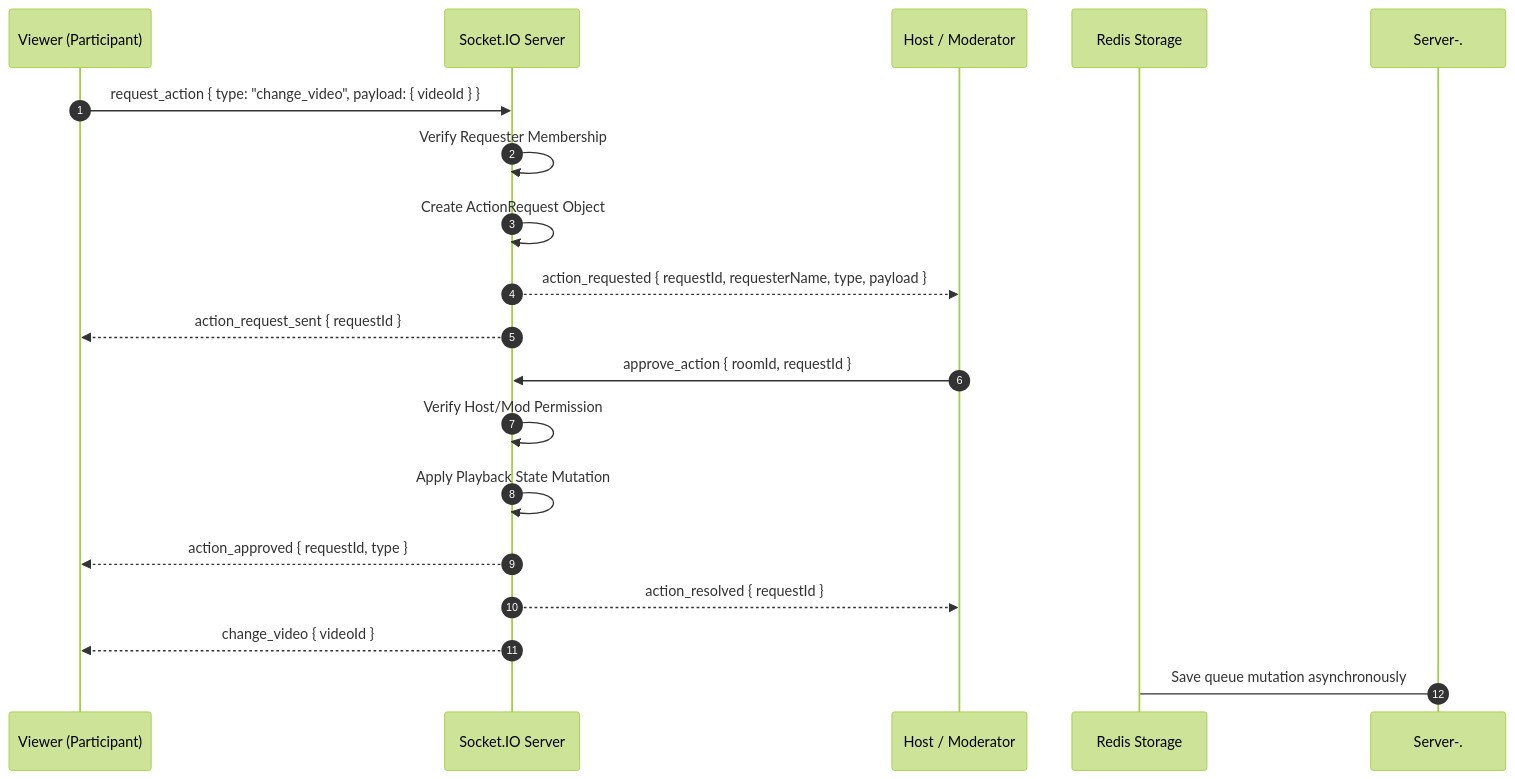
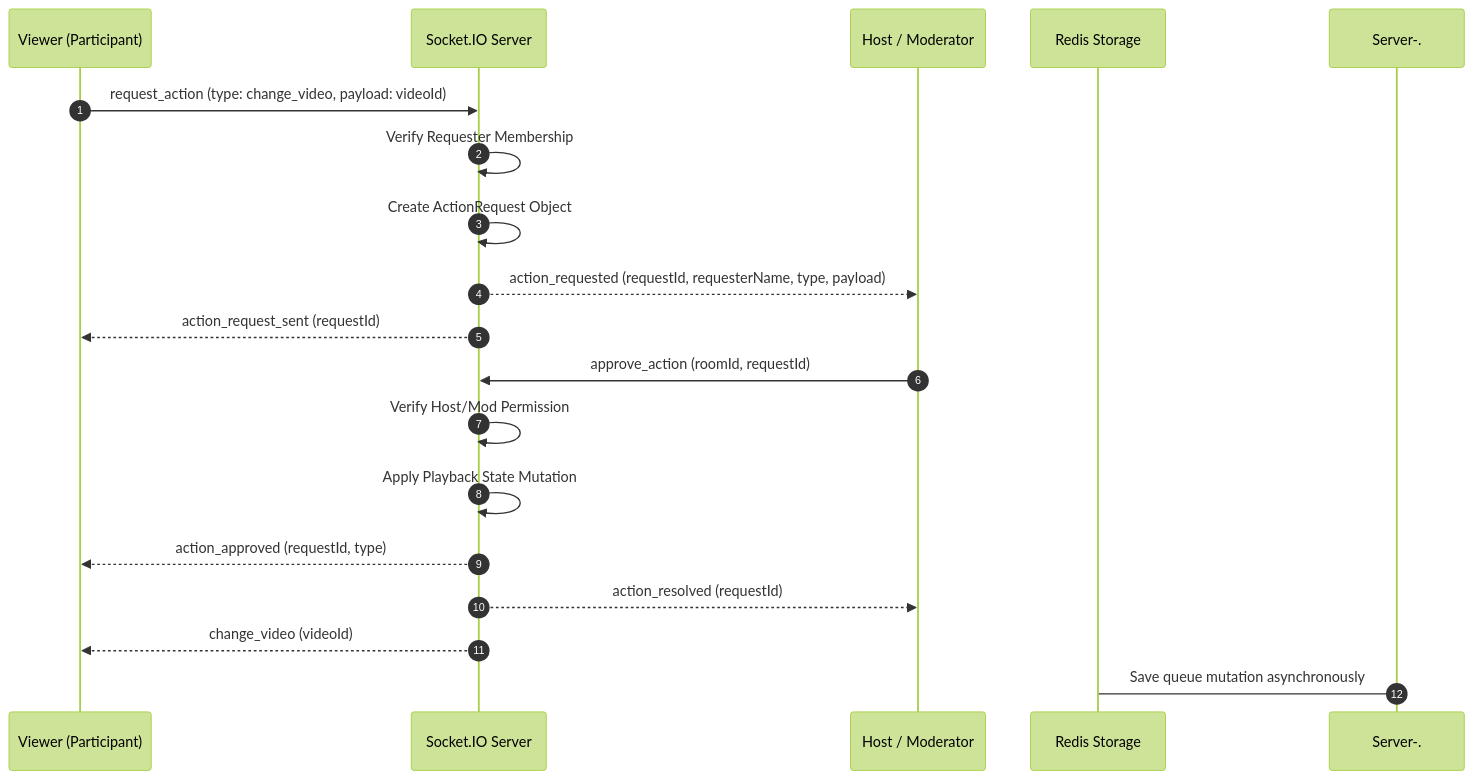
Before and after one commit to DAbharat/Watch2Gether: the third of 3 diagrams in README.md, drawn with Mermaid (forest theme). The commit also changed other lines of this file, not shown here.

````diff
--- a/README.md
+++ b/README.md
@@ -144,22 +144,22 @@
 ```mermaid
 sequenceDiagram
     autonumber
     participant Viewer as Viewer (Participant)
     participant Server as Socket.IO Server
     participant Host as Host / Moderator
     participant Redis as Redis Storage
 
-    Viewer->>Server: request_action { type: "change_video", payload: { videoId } }
+    Viewer->>Server: request_action (type: change_video, payload: videoId)
     Server->>Server: Verify Requester Membership
     Server->>Server: Create ActionRequest Object
-    Server-->>Host: action_requested { requestId, requesterName, type, payload }
-    Server-->>Viewer: action_request_sent { requestId }
+    Server-->>Host: action_requested (requestId, requesterName, type, payload)
+    Server-->>Viewer: action_request_sent (requestId)
 
-    Host->>Server: approve_action { roomId, requestId }
+    Host->>Server: approve_action (roomId, requestId)
     Server->>Server: Verify Host/Mod Permission
     Server->>Server: Apply Playback State Mutation
-    Server-->>Viewer: action_approved { requestId, type }
-    Server-->>Host: action_resolved { requestId }
-    Server-->>Viewer: change_video { videoId }
+    Server-->>Viewer: action_approved (requestId, type)
+    Server-->>Host: action_resolved (requestId)
+    Server-->>Viewer: change_video (videoId)
     Server-.->Redis: Save queue mutation asynchronously
 ```
````
